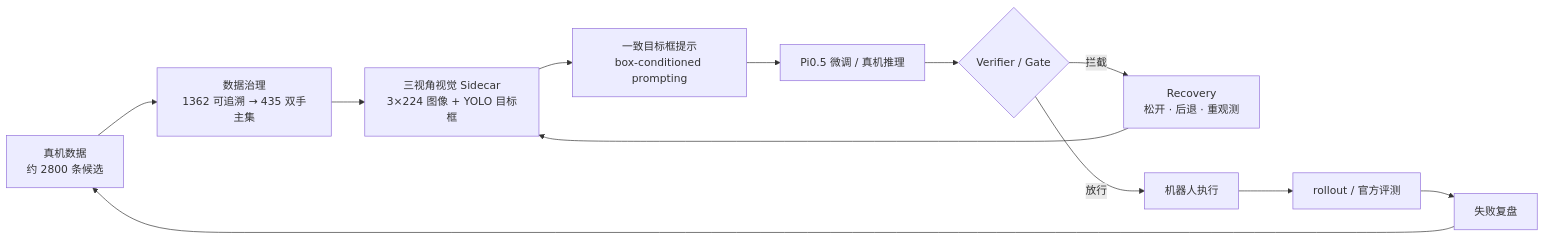
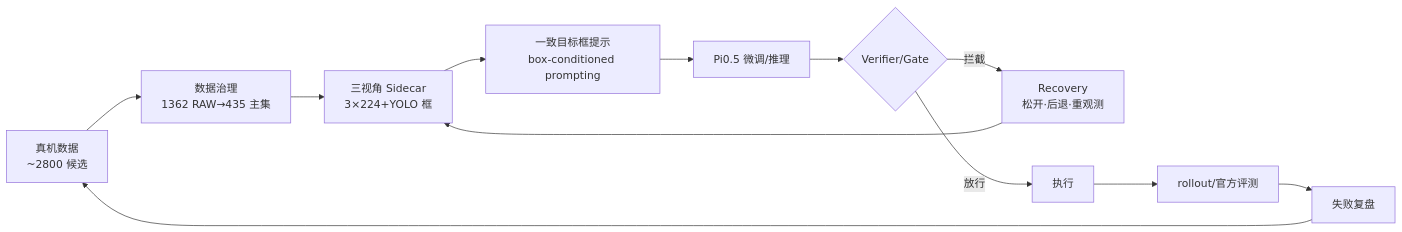
The diagram in content/projects/g2-real.md (l2ktech/wzy-portfolio), drawn with Mermaid before and after one commit. The commit also changed other lines of this file and 5 other files, not shown here.

````diff
--- a/content/projects/g2-real.md
+++ b/content/projects/g2-real.md
@@ -29,14 +13,14 @@
 ```mermaid
 flowchart LR
-    A["真机数据<br/>约 2800 条候选"] --> B["数据治理<br/>1362 可追溯 → 435 双手主集"]
-    B --> C["三视角视觉 Sidecar<br/>3×224 图像 + YOLO 目标框"]
+    A["真机数据<br/>~2800 候选"] --> B["数据治理<br/>1362 RAW→435 主集"]
+    B --> C["三视角 Sidecar<br/>3×224+YOLO 框"]
     C --> D["一致目标框提示<br/>box-conditioned prompting"]
-    D --> E["Pi0.5 微调 / 真机推理"]
-    E --> F{"Verifier / Gate"}
-    F -->|"拦截"| G["Recovery<br/>松开 · 后退 · 重观测"]
+    D --> E["Pi0.5 微调/推理"]
+    E --> F{"Verifier/Gate"}
+    F -->|拦截| G["Recovery<br/>松开·后退·重观测"]
     G --> C
-    F -->|"放行"| H["机器人执行"]
-    H --> I["rollout / 官方评测"]
+    F -->|放行| H["执行"]
+    H --> I["rollout/官方评测"]
     I --> J["失败复盘"]
     J --> A
 ```
````
